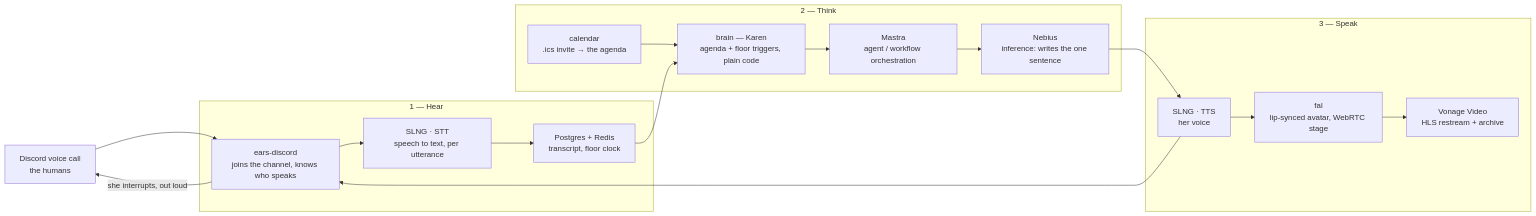
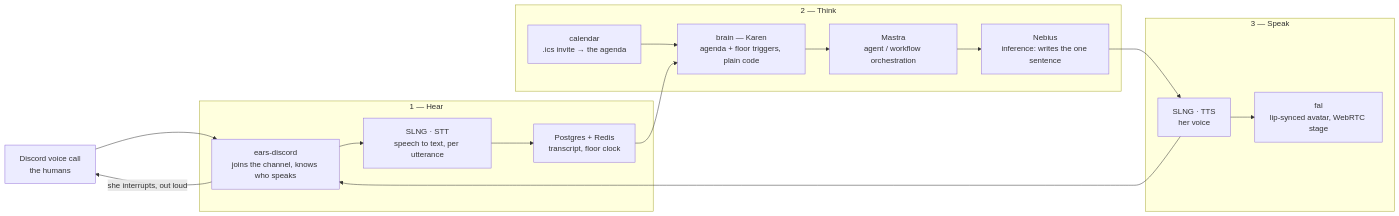
The diagram in docs/architecture.md (bioztar/gavel), drawn with Mermaid before and after one commit. The commit also changed other lines of this file and 39 other files, not shown here.

````diff
--- a/docs/architecture.md
+++ b/docs/architecture.md
@@ -13,30 +13,29 @@
 ```mermaid
 flowchart LR
   ROOM["Discord voice call<br/>the humans"]
 
   subgraph HEAR["1 — Hear"]
     EARS["ears-discord<br/>joins the channel, knows who speaks"]
     SLNG1["SLNG · STT<br/>speech to text, per utterance"]
     DB["Postgres + Redis<br/>transcript, floor clock"]
   end
 
   subgraph THINK["2 — Think"]
     BRAIN["brain — Karen<br/>agenda + floor triggers, plain code"]
     MASTRA["Mastra<br/>agent / workflow orchestration"]
     NEBIUS["Nebius<br/>inference: writes the one sentence"]
     CAL["calendar<br/>.ics invite → the agenda"]
   end
 
   subgraph SPEAK["3 — Speak"]
     SLNG2["SLNG · TTS<br/>her voice"]
     FAL["fal<br/>lip-synced avatar, WebRTC stage"]
-    VONAGE["Vonage Video<br/>HLS restream + archive"]
   end
 
   ROOM --> EARS --> SLNG1 --> DB --> BRAIN
   CAL --> BRAIN
   BRAIN --> MASTRA --> NEBIUS --> SLNG2
   SLNG2 --> EARS
   EARS -->|"she interrupts, out loud"| ROOM
-  SLNG2 --> FAL --> VONAGE
+  SLNG2 --> FAL
 ```
````
